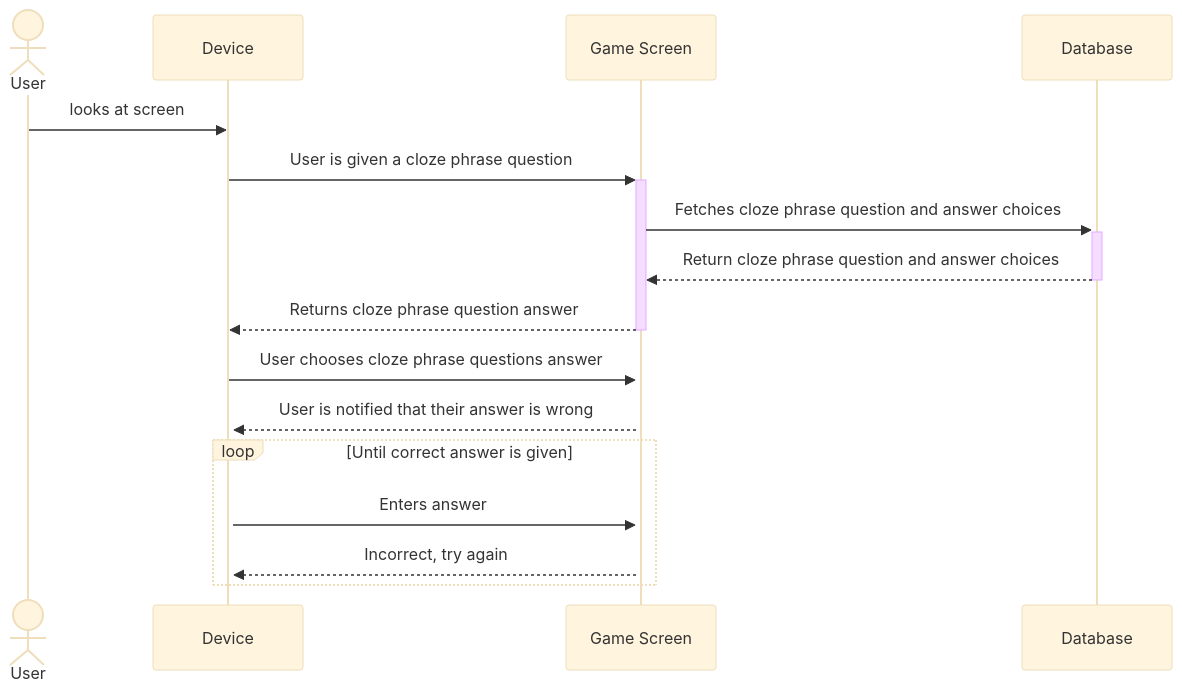
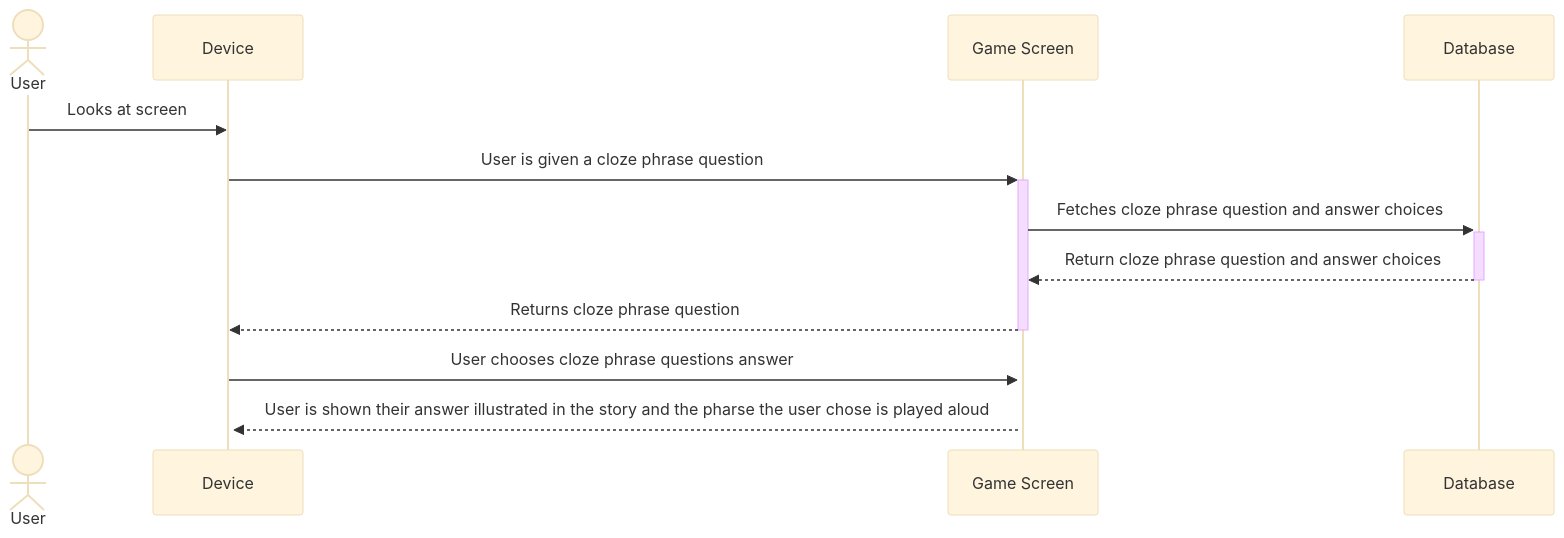
One commit to henryschoemer/project-aac-game-team-b_bugfix_team6 changed the seventh of 9 diagrams in documentation/docs/system-architecture/Design.md. Above: the diagram before and after it, drawn with Mermaid (base theme). The commit also changed other lines of this file and 1 other file, not shown here.

````diff
--- a/documentation/docs/system-architecture/Design.md
+++ b/documentation/docs/system-architecture/Design.md
@@ -376,23 +387,22 @@
 ```mermaid
+
 sequenceDiagram 
     actor User
     participant D as Device
     participant GR as Game Screen
     participant Database
 
 
 
 
-    User ->> D: looks at screen 
+    User ->> D: Looks at screen 
     D ->>+ GR: User is given a cloze phrase question
     GR ->>+ Database: Fetches cloze phrase question and answer choices
     Database -->>- GR: Return cloze phrase question and answer choices
-    GR -->>- D: Returns cloze phrase question answer
+    GR -->>- D: Returns cloze phrase question
 
     D ->>+ GR: User chooses cloze phrase questions answer 
-    GR -->>+ D: User is notified that their answer is wrong
-    loop Until correct answer is given
-        D->>GR :Enters answer
-        GR-->>D: Incorrect, try again
-    end
-```    
+    GR -->>+ D: User is shown their answer illustrated in the story and the pharse the user chose is played aloud 
+  
+
+```
````
